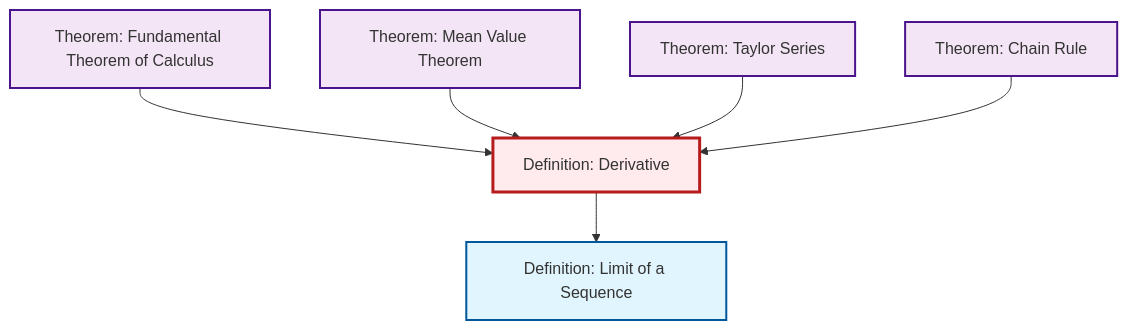
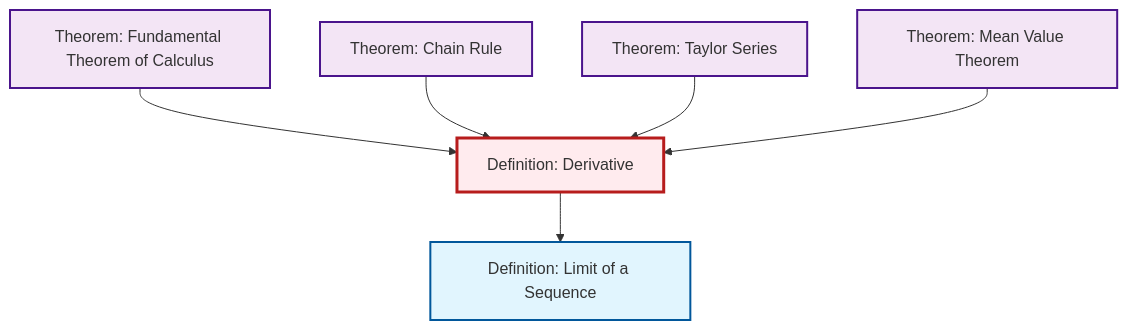
Before and after one commit to RK0429/ModernMath: the second of 2 diagrams in content/en/analysis/def-derivative.qmd, drawn with Mermaid. The commit also changed other lines of this file and 672 other files, not shown here.

````diff
--- a/content/en/analysis/def-derivative.qmd
+++ b/content/en/analysis/def-derivative.qmd
@@ -88,26 +88,26 @@
 ```{mermaid}
 %%| fig-cap: "Local dependency graph"
 graph TD
     classDef definition fill:#e1f5fe,stroke:#01579b,stroke-width:2px
     classDef theorem fill:#f3e5f5,stroke:#4a148c,stroke-width:2px
     classDef axiom fill:#fff3e0,stroke:#e65100,stroke-width:2px
     classDef example fill:#e8f5e9,stroke:#1b5e20,stroke-width:2px
     classDef current fill:#ffebee,stroke:#b71c1c,stroke-width:3px
     def-limit["Definition: Limit of a Sequence"]:::definition
-    thm-fundamental-calculus["Theorem: Fundamental Theorem of Calculus"]:::theorem
     thm-mean-value["Theorem: Mean Value Theorem"]:::theorem
     def-derivative["Definition: Derivative"]:::definition
+    thm-fundamental-calculus["Theorem: Fundamental Theorem of Calculus"]:::theorem
+    thm-taylor-series["Theorem: Taylor Series"]:::theorem
     thm-chain-rule["Theorem: Chain Rule"]:::theorem
-    thm-taylor-series["Theorem: Taylor Series"]:::theorem
     def-derivative --> def-limit
     thm-fundamental-calculus --> def-derivative
+    thm-chain-rule --> def-derivative
+    thm-taylor-series --> def-derivative
     thm-mean-value --> def-derivative
-    thm-taylor-series --> def-derivative
-    thm-chain-rule --> def-derivative
     class def-derivative current
     click def-limit "def-limit.html" "Go to Limit of a Sequence definition"
+    click thm-mean-value "thm-mean-value.html" "Go to Mean Value Theorem theorem"
     click thm-fundamental-calculus "thm-fundamental-calculus.html" "Go to Fundamental Theorem of Calculus theorem"
-    click thm-mean-value "thm-mean-value.html" "Go to Mean Value Theorem theorem"
+    click thm-taylor-series "thm-taylor-series.html" "Go to Taylor Series theorem"
     click thm-chain-rule "thm-chain-rule.html" "Go to Chain Rule theorem"
-    click thm-taylor-series "thm-taylor-series.html" "Go to Taylor Series theorem"
 ```
````
